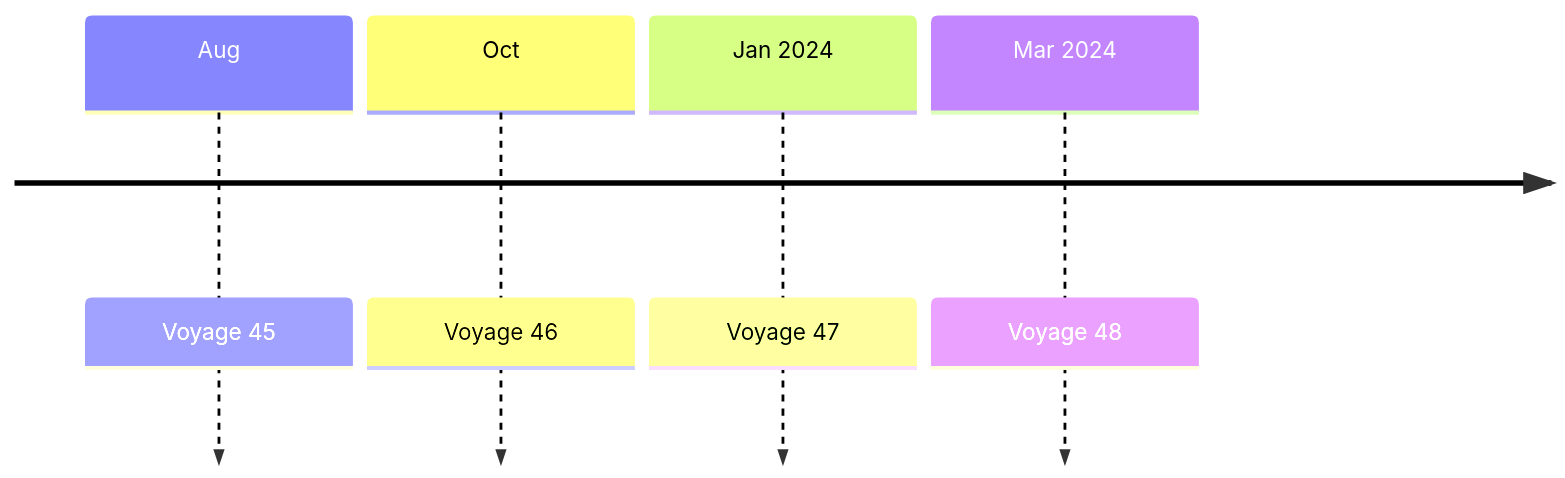
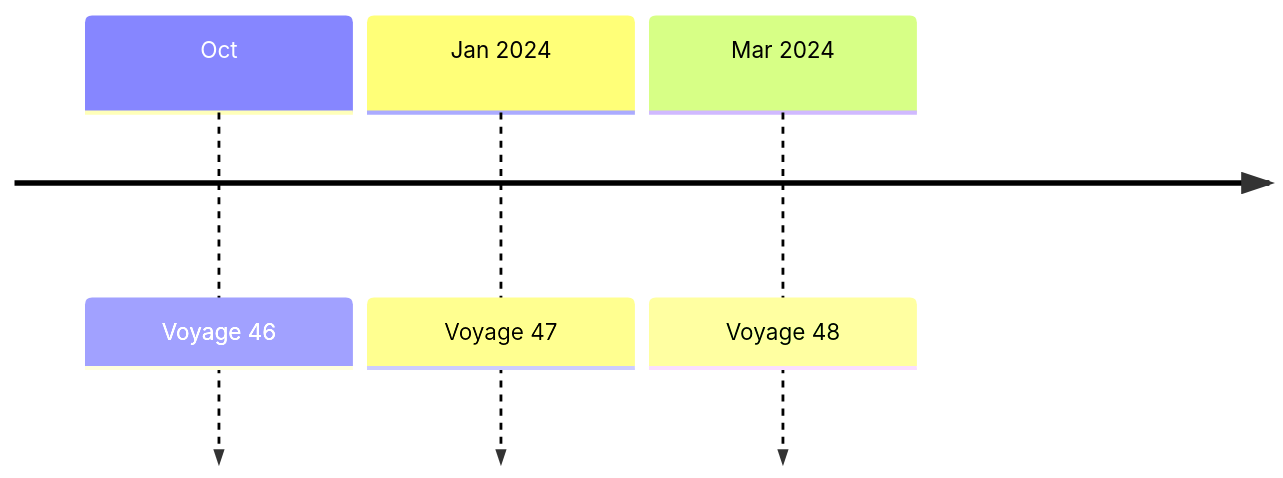
Before and after one commit to chingu-voyages/Handbook: the diagram in docs/guides/voyage/voyage.md, drawn with Mermaid. The commit also changed other lines of this file, not shown here.

````diff
--- a/docs/guides/voyage/voyage.md
+++ b/docs/guides/voyage/voyage.md
@@ -17,7 +17,6 @@
 ```mermaid
   timeline
-    Aug : Voyage 45
     Oct : Voyage 46
     Jan 2024 : Voyage 47
     Mar 2024 : Voyage 48
 ```
````
